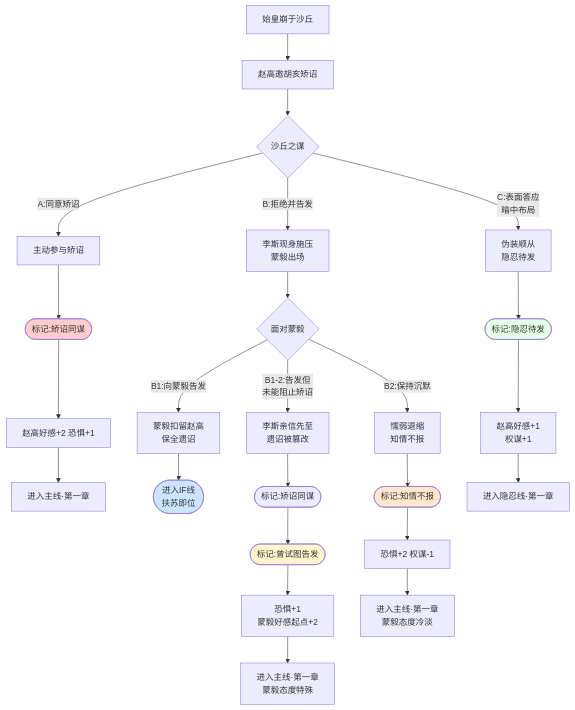
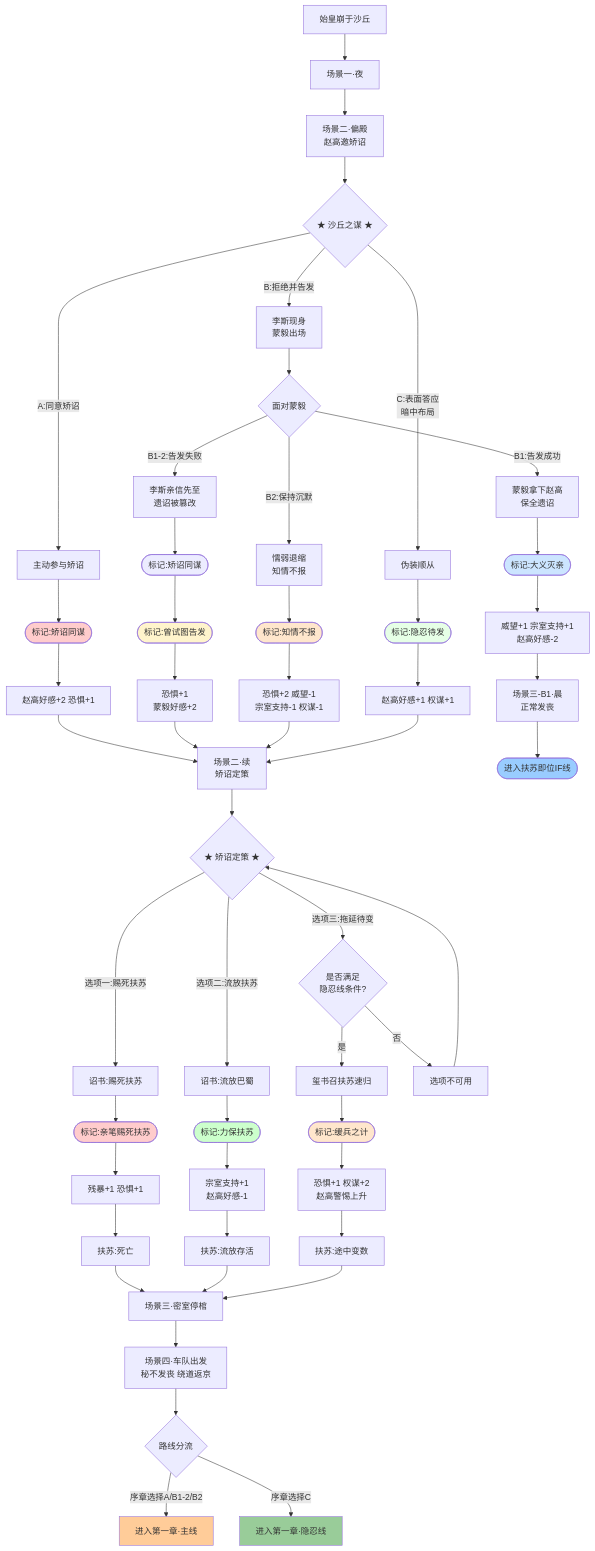
Before and after one commit to lesleygigi/huhai: the diagram in scripts/chapter0.md, drawn with Mermaid. The commit also changed other lines of this file and 22 other files, not shown here.

````diff
--- a/scripts/chapter0.md
+++ b/scripts/chapter0.md
@@ -484,39 +754,86 @@
 ```mermaid
 flowchart TD
-    P0[始皇崩于沙丘] --> P1[赵高邀胡亥矫诏]
+    P0[始皇崩于沙丘] --> P1[场景一·夜]
+    P1 --> P2[场景二·偏殿<br>赵高邀矫诏]
     
-    P1 --> P2{沙丘之谋}
+    P2 --> P3{★ 沙丘之谋 ★}
     
-    P2 -->|A:同意矫诏| A1[主动参与矫诏]
-    A1 --> A2([标记:矫诏同谋])
-    A2 --> A3[赵高好感+2 恐惧+1]
-    A3 --> A4[进入主线·第一章]
+    %% ========== 分支一：主线入口 ==========
+    P3 -->|A:同意矫诏| M_A[主动参与矫诏]
+    M_A --> M_A1([标记:矫诏同谋])
+    M_A1 --> M_A2[赵高好感+2 恐惧+1]
+    M_A2 --> M_D[进入矫诏定策]
     
-    P2 -->|B:拒绝并告发| B1[李斯现身施压<br>蒙毅出场]
-    B1 --> B2{面对蒙毅}
+    P3 -->|B:拒绝并告发| M_B[李斯现身<br>蒙毅出场]
+    M_B --> M_B1{面对蒙毅}
     
-    B2 -->|B1:向蒙毅告发| B1A[蒙毅扣留赵高<br>保全遗诏]
-    B1A --> B1A1([进入IF线<br>扶苏即位])
+    M_B1 -->|B1-2:告发失败| M_B1B[李斯亲信先至<br>遗诏被篡改]
+    M_B1B --> M_B1B1([标记:矫诏同谋])
+    M_B1B1 --> M_B1B2([标记:曾试图告发])
+    M_B1B2 --> M_B1B3[恐惧+1<br>蒙毅好感+2]
+    M_B1B3 --> M_D
     
-    B2 -->|B1-2:告发但<br>未能阻止矫诏| B1B[李斯亲信先至<br>遗诏被篡改]
-    B1B --> B1B1([标记:矫诏同谋])
-    B1B1 --> B1B2([标记:曾试图告发])
-    B1B2 --> B1B3[恐惧+1<br>蒙毅好感起点+2]
-    B1B3 --> B1B4[进入主线·第一章<br>蒙毅态度特殊]
+    M_B1 -->|B2:保持沉默| M_B2A[懦弱退缩<br>知情不报]
+    M_B2A --> M_B2A1([标记:知情不报])
+    M_B2A1 --> M_B2A2[恐惧+2 威望-1<br>宗室支持-1 权谋-1]
+    M_B2A2 --> M_D
     
-    B2 -->|B2:保持沉默| B2A[懦弱退缩<br>知情不报]
-    B2A --> B2A1([标记:知情不报])
-    B2A1 --> B2A2[恐惧+2 权谋-1]
-    B2A2 --> B2A3[进入主线·第一章<br>蒙毅态度冷淡]
+    %% ========== 分支二：扶苏即位线 ==========
+    M_B1 -->|B1:告发成功| F_B1A[蒙毅拿下赵高<br>保全遗诏]
+    F_B1A --> F_B1A1([标记:大义灭亲])
+    F_B1A1 --> F_B1A2[威望+1 宗室支持+1<br>赵高好感-2]
+    F_B1A2 --> F_S3[场景三-B1·晨<br>正常发丧]
+    F_S3 --> F_END([进入扶苏即位IF线])
     
-    P2 -->|C:表面答应<br>暗中布局| C1[伪装顺从<br>隐忍待发]
-    C1 --> C2([标记:隐忍待发])
-    C2 --> C3[赵高好感+1<br>权谋+1]
-    C3 --> C4[进入隐忍线·第一章]
+    %% ========== 分支三：隐忍线入口 ==========
+    P3 -->|C:表面答应<br>暗中布局| I_C1[伪装顺从]
+    I_C1 --> I_C2([标记:隐忍待发])
+    I_C2 --> I_C3[赵高好感+1 权谋+1]
+    I_C3 --> M_D
     
-    style A2 fill:#ffcccc
-    style B1A1 fill:#cce5ff
-    style B1B2 fill:#fff4cc
-    style B2A1 fill:#ffe6cc
-    style C2 fill:#e6ffe6
+    %% ========== 矫诏定策节点 ==========
+    M_D[场景二·续<br>矫诏定策] --> M_D0{★ 矫诏定策 ★}
+    
+    M_D0 -->|选项一:赐死扶苏| M_D1[诏书:赐死扶苏]
+    M_D1 --> M_D1A([标记:亲笔赐死扶苏])
+    M_D1A --> M_D1B[残暴+1 恐惧+1]
+    M_D1B --> M_D1C[扶苏:死亡]
+    M_D1C --> M_S3[场景三·密室停棺]
+    
+    M_D0 -->|选项二:流放扶苏| M_D2[诏书:流放巴蜀]
+    M_D2 --> M_D2A([标记:力保扶苏])
+    M_D2A --> M_D2B[宗室支持+1<br>赵高好感-1]
+    M_D2B --> M_D2C[扶苏:流放存活]
+    M_D2C --> M_S3
+    
+    M_D0 -->|选项三:拖延待变| M_D3{是否满足<br>隐忍线条件?}
+    M_D3 -->|是| M_D3A[玺书召扶苏速归]
+    M_D3A --> M_D3B([标记:缓兵之计])
+    M_D3B --> M_D3C[恐惧+1 权谋+2<br>赵高警惕上升]
+    M_D3C --> M_D3D[扶苏:途中变数]
+    M_D3D --> M_S3
+    M_D3 -->|否| M_D3X[选项不可用]
+    M_D3X --> M_D0
+    
+    %% ========== 场景三、四（主线/隐忍线共用） ==========
+    M_S3 --> M_S4[场景四·车队出发<br>秘不发丧 绕道返京]
+    M_S4 --> M_END{路线分流}
+    
+    %% ========== 第一章去向 ==========
+    M_END -->|序章选择A/B1-2/B2| MAIN[进入第一章·主线]
+    M_END -->|序章选择C| ININ[进入第一章·隐忍线]
+    
+    %% ========== 样式定义 ==========
+    style M_A1 fill:#ffcccc
+    style M_B1B2 fill:#fff4cc
+    style M_B2A1 fill:#ffe6cc
+    style F_B1A1 fill:#cce5ff
+    style I_C2 fill:#e6ffe6
+    style M_D1A fill:#ffcccc
+    style M_D2A fill:#ccffcc
+    style M_D3B fill:#ffe6cc
+    
+    style MAIN fill:#ffcc99
+    style ININ fill:#99cc99
+    style F_END fill:#99ccff
 ```
````
